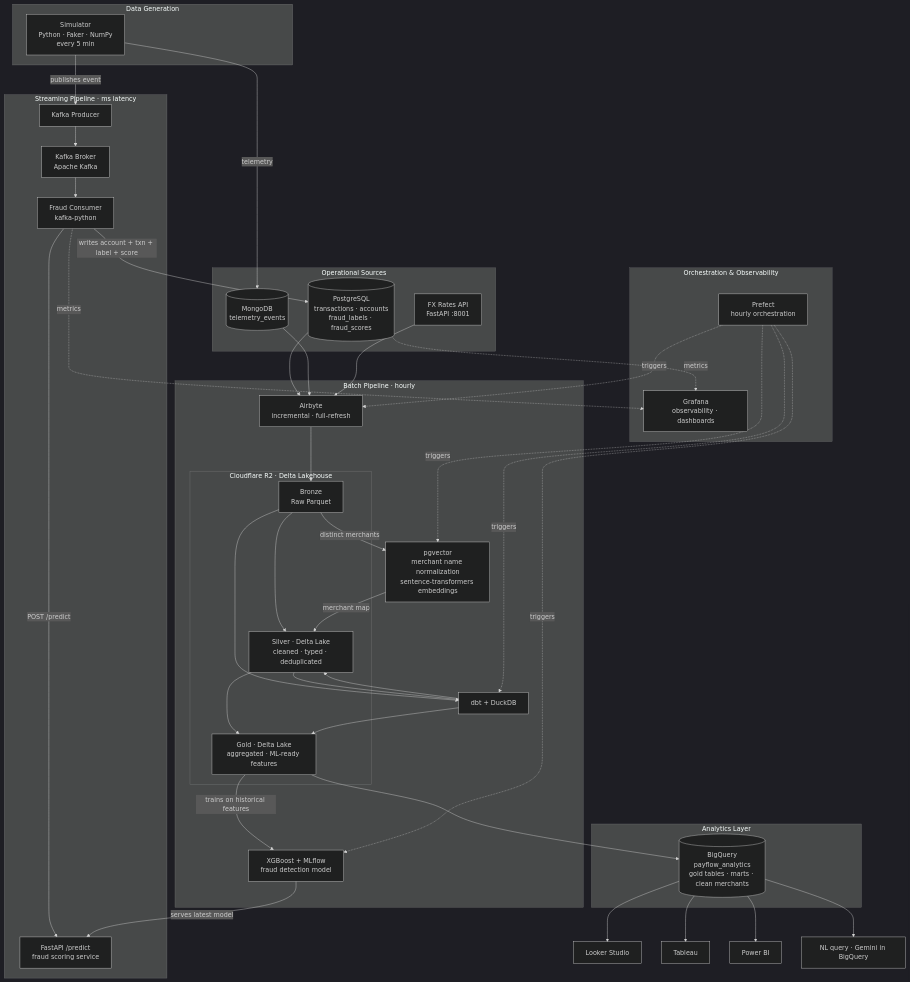
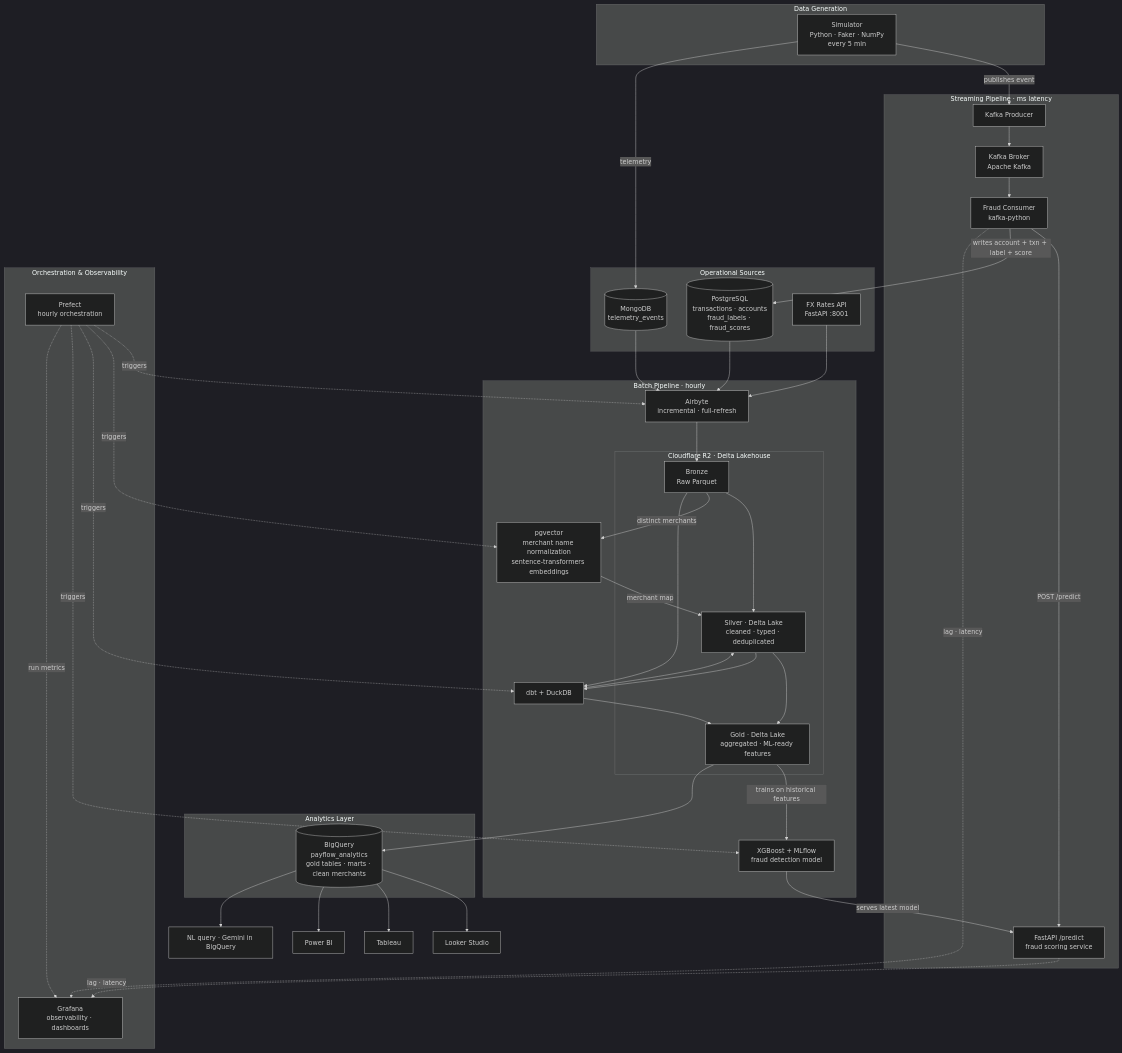
One commit to vifestudio/payflow-data-platform changed the diagram in README.md. Above: the diagram before and after it, drawn with Mermaid (dark theme).

Commit message:
docs: scope Grafana to pipeline and streaming observability
Grafana watches Prefect run metrics and the streaming pipeline (consumer lag, ML
latency), not Postgres business data. Fraud business metrics belong in BI.

````diff
--- a/README.md
+++ b/README.md
@@ -9,63 +9,64 @@
 ```mermaid
 flowchart TD
     subgraph SIM["Data Generation"]
         S["Simulator\nPython · Faker · NumPy\nevery 5 min"]
     end
 
     subgraph STREAMING["Streaming Pipeline · ms latency"]
         KP["Kafka Producer"]
         KB["Kafka Broker\nApache Kafka"]
         KC["Fraud Consumer\nkafka-python"]
         API2["FastAPI /predict\nfraud scoring service"]
     end
 
     subgraph SOURCES["Operational Sources"]
         PG[(PostgreSQL\ntransactions · accounts\nfraud_labels · fraud_scores)]
         MG[(MongoDB\ntelemetry_events)]
         FX["FX Rates API\nFastAPI :8001"]
     end
 
     subgraph BATCH["Batch Pipeline · hourly"]
         AB["Airbyte\nincremental · full-refresh"]
         subgraph LAKE["Cloudflare R2 · Delta Lakehouse"]
             B["Bronze\nRaw Parquet"]
             SI["Silver · Delta Lake\ncleaned · typed · deduplicated"]
             G["Gold · Delta Lake\naggregated · ML-ready features"]
             B --> SI --> G
         end
         DBT["dbt + DuckDB"]
         VEC["pgvector\nmerchant name normalization\nsentence-transformers embeddings"]
         ML["XGBoost + MLflow\nfraud detection model"]
     end
 
     subgraph ANALYTICS["Analytics Layer"]
         BQ[("BigQuery\npayflow_analytics\ngold tables · marts · clean merchants")]
     end
 
     LS["Looker Studio"]
     TB["Tableau"]
     PB["Power BI"]
     NLQ["NL query · Gemini in BigQuery"]
 
     subgraph OPS["Orchestration & Observability"]
         PREF["Prefect\nhourly orchestration"]
         GRAF["Grafana\nobservability · dashboards"]
     end
 
     S -->|"publishes event"| KP --> KB --> KC
     S -->|"telemetry"| MG
     KC -->|"POST /predict"| API2
     KC -->|"writes account + txn + label + score"| PG
 
     PG & MG & FX --> AB --> B
     B -->|"distinct merchants"| VEC -->|"merchant map"| SI
     B --> DBT --> SI --> DBT --> G
 
     G -->|"trains on historical features"| ML
     ML -->|"serves latest model"| API2
 
     G --> BQ --> LS & TB & PB & NLQ
 
     PREF -. "triggers" .-> AB & VEC & DBT & ML
-    PG & KC -.->|"metrics"| GRAF
+    PREF -.->|"run metrics"| GRAF
+    KC & API2 -.->|"lag · latency"| GRAF
 ```
````
